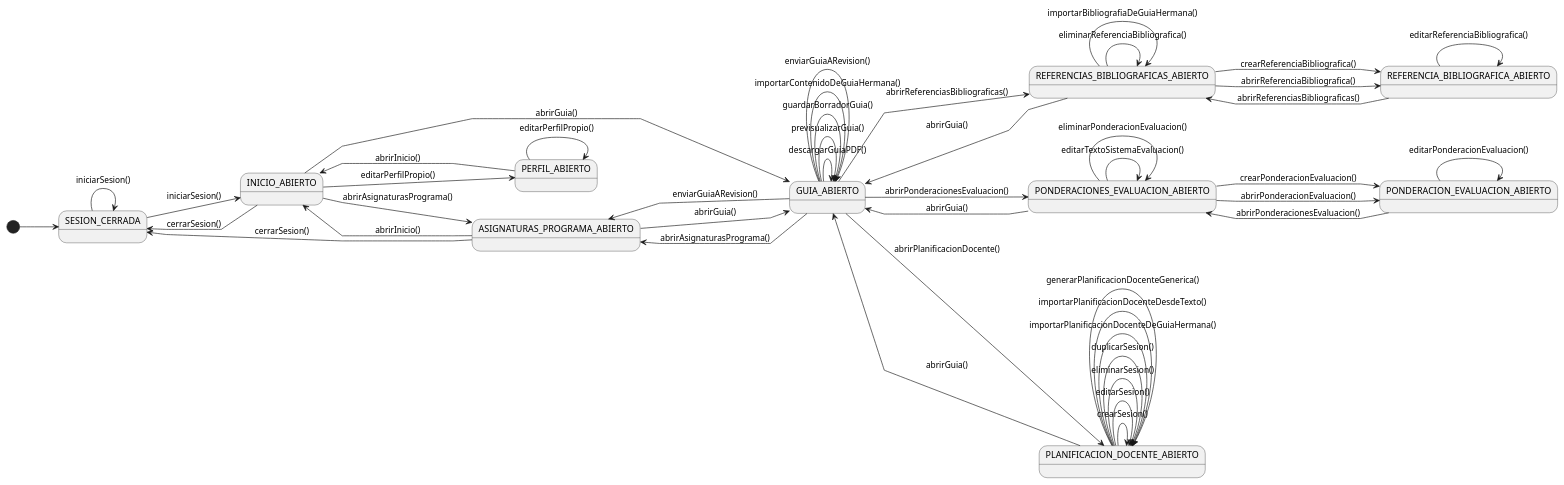
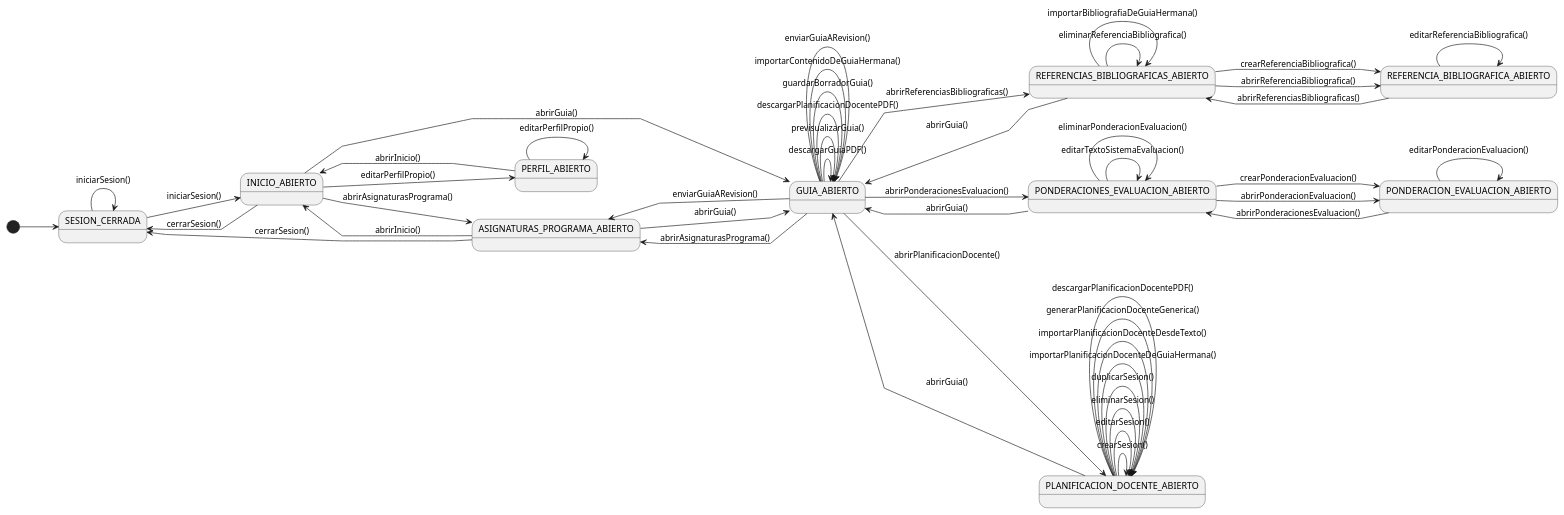
Before and after one commit to mmasias/pyCeldaPublico: the diagram in RUP/01-requisitos/01-actores-casos-uso/diagramaContextoProfesor.puml, drawn with PlantUML. The commit also changed 115 other files, not shown here.

```diff
--- a/RUP/01-requisitos/01-actores-casos-uso/diagramaContextoProfesor.puml
+++ b/RUP/01-requisitos/01-actores-casos-uso/diagramaContextoProfesor.puml
@@ -1,148 +1,153 @@
 @startuml diagramaContextoProfesor
 
 left to right direction
 skinparam linetype polyline
 
 state SESION_CERRADA
 state INICIO_ABIERTO
 state ASIGNATURAS_PROGRAMA_ABIERTO
 state GUIA_ABIERTO
 state REFERENCIAS_BIBLIOGRAFICAS_ABIERTO
 state REFERENCIA_BIBLIOGRAFICA_ABIERTO
 state PONDERACIONES_EVALUACION_ABIERTO
 state PONDERACION_EVALUACION_ABIERTO
 state PLANIFICACION_DOCENTE_ABIERTO
 state PERFIL_ABIERTO
 
 [*] --> SESION_CERRADA
 
 ' INICIO_ABIERTO es el aterrizaje tras el login (discussion #274, antes era
 ' ASIGNATURAS_PROGRAMA_ABIERTO directamente): la pantalla abrirInicio() compone
 ' "Mis guias" (listado de abrirAsignaturasPrograma() variante Profesor) y "Mis
 ' programas" (abrirProgramas() variante DirectorPrograma, vacio para un Profesor puro).
 ' abrirInicio() es primitiva de navegacion, no cuenta en el catalogo de 102.
 ' ASIGNATURAS_PROGRAMA_ABIERTO se conserva como pantalla completa alcanzable por
 ' deep link / al expandir la seccion "Mis guias".
 SESION_CERRADA --> INICIO_ABIERTO : iniciarSesion()
 ' credenciales invalidas: no hay transicion de estado, self-loop explicito
 ' -- detectado al construir la especificacion de enviarGuiaARevision()
 SESION_CERRADA --> SESION_CERRADA : iniciarSesion()
 INICIO_ABIERTO --> SESION_CERRADA : cerrarSesion()
 ASIGNATURAS_PROGRAMA_ABIERTO --> SESION_CERRADA : cerrarSesion()
 
 ' abrirAsignaturasPrograma(): <<include>> de abrirInicio() (seccion "Mis guias");
 ' tambien pantalla completa por deep link. abrirProgramas() (seccion "Mis programas")
 ' no se dibuja como transicion propia de Profesor -- es vacia para un Profesor
 ' puro y su edge coloreado vive en el diagrama de DirectorPrograma.
 INICIO_ABIERTO --> ASIGNATURAS_PROGRAMA_ABIERTO : abrirAsignaturasPrograma()
 INICIO_ABIERTO --> GUIA_ABIERTO : abrirGuia()
 
 ' editarPerfilPropio() (issue #423): un solo CU para ver+editar, sin abrir()
 ' separado -- se llega directo desde INICIO_ABIERTO al propio (único) perfil,
 ' no hay navegación de lista a detalle que preceda (ver su especificacion.puml).
 INICIO_ABIERTO --> PERFIL_ABIERTO : editarPerfilPropio()
 PERFIL_ABIERTO --> PERFIL_ABIERTO : editarPerfilPropio()
 PERFIL_ABIERTO --> INICIO_ABIERTO : abrirInicio()
 
 ASIGNATURAS_PROGRAMA_ABIERTO --> GUIA_ABIERTO : abrirGuia()
 
 ' crear/editar/eliminar de PonderacionEvaluacion y ReferenciaBibliografica quedan
 ' en memoria hasta que se persisten en guardarBorradorGuia() o enviarGuiaARevision()
 GUIA_ABIERTO --> GUIA_ABIERTO : descargarGuiaPDF()
 
 ' previsualizarGuia(): vista HTML de la guia renderizada con la plantilla oficial,
 ' cualquier estado, aviso si no Aprobada -- misma plantilla que descargarGuiaPDF(),
 ' salida HTML. Sin <<choice>> (disponible en todos los estados). Discussion #218.
 GUIA_ABIERTO --> GUIA_ABIERTO : previsualizarGuia()
+' descargarPlanificacionDocentePDF(): PDF propio de la planificacion docente, en
+' cualquier estado (marca de agua en Borrador/Rechazada). Tambien desde la
+' pantalla de planificacion.
+GUIA_ABIERTO --> GUIA_ABIERTO : descargarPlanificacionDocentePDF()
 
 ' PonderacionEvaluacion: mismo patrón lista/detalle completo que ReferenciaBibliografica
 GUIA_ABIERTO --> PONDERACIONES_EVALUACION_ABIERTO : abrirPonderacionesEvaluacion()
 
 ' editarTextoSistemaEvaluacion() (issue #610): acción propia sobre el mismo
 ' estado, no abre ningún detalle -- el area de texto vive en la propia lista.
 PONDERACIONES_EVALUACION_ABIERTO --> PONDERACIONES_EVALUACION_ABIERTO : editarTextoSistemaEvaluacion()
 PONDERACIONES_EVALUACION_ABIERTO --> PONDERACION_EVALUACION_ABIERTO : crearPonderacionEvaluacion()
 PONDERACIONES_EVALUACION_ABIERTO --> PONDERACION_EVALUACION_ABIERTO : abrirPonderacionEvaluacion()
 PONDERACIONES_EVALUACION_ABIERTO --> PONDERACIONES_EVALUACION_ABIERTO : eliminarPonderacionEvaluacion()
 PONDERACION_EVALUACION_ABIERTO --> PONDERACION_EVALUACION_ABIERTO : editarPonderacionEvaluacion()
 PONDERACION_EVALUACION_ABIERTO --> PONDERACIONES_EVALUACION_ABIERTO : abrirPonderacionesEvaluacion()
 PONDERACIONES_EVALUACION_ABIERTO --> GUIA_ABIERTO : abrirGuia()
 
 ' Planificacion docente: catálogo inline en un único estado (a diferencia de
 ' PonderacionEvaluacion/ReferenciaBibliografica, sin detalle de sesión separado)
 GUIA_ABIERTO --> PLANIFICACION_DOCENTE_ABIERTO : abrirPlanificacionDocente()
 
 PLANIFICACION_DOCENTE_ABIERTO --> PLANIFICACION_DOCENTE_ABIERTO : crearSesion()
 PLANIFICACION_DOCENTE_ABIERTO --> PLANIFICACION_DOCENTE_ABIERTO : editarSesion()
 PLANIFICACION_DOCENTE_ABIERTO --> PLANIFICACION_DOCENTE_ABIERTO : eliminarSesion()
 ' duplicarSesion() (issue #364): copia tipo+descripcion de una Sesion ya persistida y la
 ' inserta justo despues, renumerando +1 las posteriores. Self-loop. Hueco de documentacion
 ' hallado en la auditoria del issue #605: endpoint y boton reales sin reflejo en el diagrama.
 PLANIFICACION_DOCENTE_ABIERTO --> PLANIFICACION_DOCENTE_ABIERTO : duplicarSesion()
 ' importarPlanificacionDocenteDeGuiaHermana(): reemplaza al completo la planificación
 ' docente de la guía con la de una guía importable de una AsignaturaPrograma hermana (mismo
 ' asignatura_id + Asignatura.codigo, FK del issue #181). Self-loop; <<choice>> de
 ' salvaguarda estructural con botón condicional (molde descargarGuiaPDF()). Issue #184.
 PLANIFICACION_DOCENTE_ABIERTO --> PLANIFICACION_DOCENTE_ABIERTO : importarPlanificacionDocenteDeGuiaHermana()
 ' importarPlanificacionDocenteDesdeTexto(): reemplaza al completo la planificación docente de
 ' la guía con la parseada del texto pegado por el Profesor (una Sesion por línea,
 ' CODIGO - Descripción). Self-loop sin salvaguarda: el origen lo aporta el propio
 ' Profesor, no hay hermandad ni guía origen. Issue #552.
 PLANIFICACION_DOCENTE_ABIERTO --> PLANIFICACION_DOCENTE_ABIERTO : importarPlanificacionDocenteDesdeTexto()
 ' generarPlanificacionDocenteGenerica(): arranca la planificación docente de una
 ' guía vacía creando Guia.sesiones_minimas Sesion genéricas (CLASE_TEORICA, sin
 ' descripción, vinculadas, numero 1..N). Self-loop; <<choice>> de vacío (409 si
 ' ya hay sesiones) con botón condicional (solo en el empty-state). Familia del
 ' issue #184, sin lectura cross-programa. Verbo generar (precedente generarGuiasPDF()).
 PLANIFICACION_DOCENTE_ABIERTO --> PLANIFICACION_DOCENTE_ABIERTO : generarPlanificacionDocenteGenerica()
+PLANIFICACION_DOCENTE_ABIERTO --> PLANIFICACION_DOCENTE_ABIERTO : descargarPlanificacionDocentePDF()
 PLANIFICACION_DOCENTE_ABIERTO --> GUIA_ABIERTO : abrirGuia()
 
 ' ReferenciaBibliografica: patrón lista/detalle completo (a diferencia de
 ' AsignaturaPrograma, aquí no existía ya un listado plano en el padre que reutilizar)
 GUIA_ABIERTO --> REFERENCIAS_BIBLIOGRAFICAS_ABIERTO : abrirReferenciasBibliograficas()
 
 REFERENCIAS_BIBLIOGRAFICAS_ABIERTO --> REFERENCIA_BIBLIOGRAFICA_ABIERTO : crearReferenciaBibliografica()
 REFERENCIAS_BIBLIOGRAFICAS_ABIERTO --> REFERENCIA_BIBLIOGRAFICA_ABIERTO : abrirReferenciaBibliografica()
 REFERENCIAS_BIBLIOGRAFICAS_ABIERTO --> REFERENCIAS_BIBLIOGRAFICAS_ABIERTO : eliminarReferenciaBibliografica()
 ' importarBibliografiaDeGuiaHermana(): reemplaza al completo la bibliografía de la guía
 ' con la de una guía importable de una AsignaturaPrograma hermana (mismo asignatura_id +
 ' Asignatura.codigo, FK del issue #181). Self-loop; <<choice>> de salvaguarda estructural
 ' con botón condicional (molde descargarGuiaPDF()). Issue #184.
 ' Guía importable (issue #740): Aprobada, o EnRevision si el Profesor también
 ' imparte el origen; vale para las tres importaciones de guía hermana.
 REFERENCIAS_BIBLIOGRAFICAS_ABIERTO --> REFERENCIAS_BIBLIOGRAFICAS_ABIERTO : importarBibliografiaDeGuiaHermana()
 REFERENCIA_BIBLIOGRAFICA_ABIERTO --> REFERENCIA_BIBLIOGRAFICA_ABIERTO : editarReferenciaBibliografica()
 REFERENCIA_BIBLIOGRAFICA_ABIERTO --> REFERENCIAS_BIBLIOGRAFICAS_ABIERTO : abrirReferenciasBibliograficas()
 REFERENCIAS_BIBLIOGRAFICAS_ABIERTO --> GUIA_ABIERTO : abrirGuia()
 
 ' guardarBorradorGuia(): persiste y sigue editando (self-loop)
 GUIA_ABIERTO --> GUIA_ABIERTO : guardarBorradorGuia()
 
 ' importarContenidoDeGuiaHermana() (issue #409): reemplaza el contenido (temario)
 ' de la guía con el de una guía importable de una AsignaturaPrograma hermana (mismo
 ' asignatura_id + Asignatura.codigo, FK del issue #181) -- tercer campo
 ' importable, familia del issue #184. A diferencia de bibliografía/planificación
 ' docente, contenido es un campo escalar de la propia Guia -- self-loop directo
 ' de GUIA_ABIERTO, sin pantalla propia (control inline en abrirGuia()).
 GUIA_ABIERTO --> GUIA_ABIERTO : importarContenidoDeGuiaHermana()
 
 ' abrirAsignaturasPrograma(): vuelve al listado propio -- lo que quedó en memoria sin
 ' persistir (ver guardarBorradorGuia()/enviarGuiaARevision()) no se garantiza guardado.
 ' Antes modelado como completarGestion() genérico (placeholder de "vuelve al punto
 ' de partida"); el destino ya tenía nombre propio -- corregido al planificar
 ' Análisis (discussion #47), mismo criterio en los tres diagramas de contexto.
 GUIA_ABIERTO --> ASIGNATURAS_PROGRAMA_ABIERTO : abrirAsignaturasPrograma()
 
 ' abrirInicio(): vuelta a la pantalla de inicio desde la pantalla completa de
 ' "Mis guias" (discussion #274)
 ASIGNATURAS_PROGRAMA_ABIERTO --> INICIO_ABIERTO : abrirInicio()
 
 ' enviarGuiaARevision(): persiste, cambia el estado de dominio de la Guia a
 ' EnRevision (ver guia.puml) y cierra la sesión de edición -- ya no es turno del profesor.
 ' Asimetria real (ver especificacion.puml de este caso de uso): solo el envio con
 ' exito sale de aqui -- si la suma de PonderacionEvaluacion no da 100%, el sistema
 ' rechaza y la sesion de edicion sigue abierta, de ahi el self-loop de abajo.
 GUIA_ABIERTO --> ASIGNATURAS_PROGRAMA_ABIERTO : enviarGuiaARevision()
 GUIA_ABIERTO --> GUIA_ABIERTO : enviarGuiaARevision()
 
 @enduml
```
